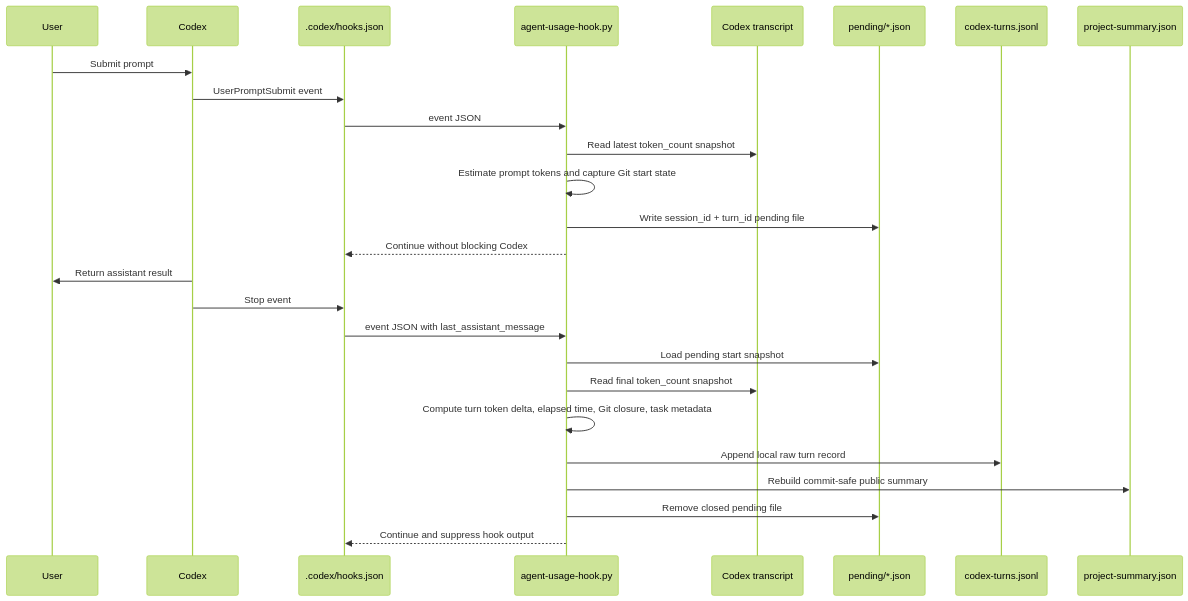
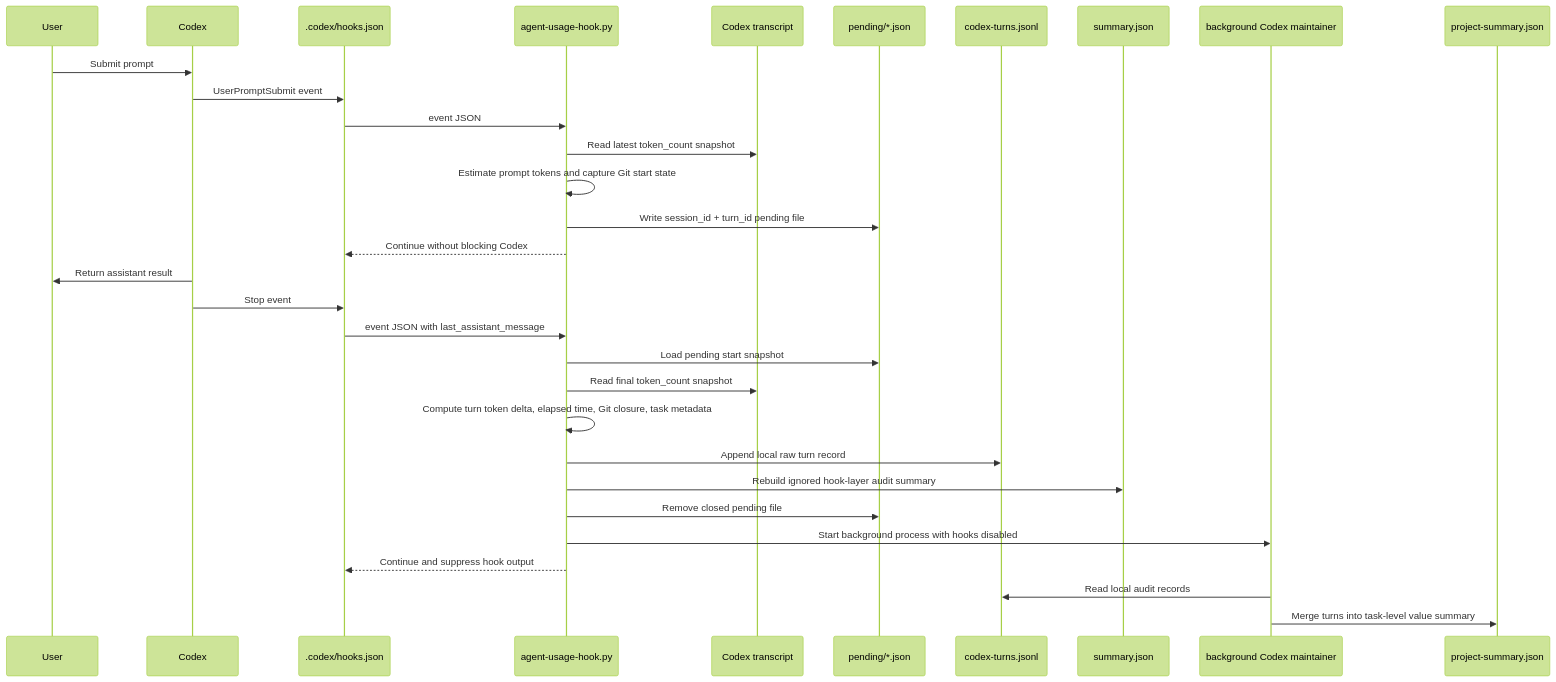
One commit to netlayer-team/agent-handoff-metrics-bootstrap changed the third of 6 diagrams in docs/design.md. Above: the diagram before and after it, drawn with Mermaid (forest theme). The commit also changed other lines of this file and 6 other files, not shown here.

Commit message:
feat(metrics): add task-level value summary maintainer

````diff
--- a/docs/design.md
+++ b/docs/design.md
@@ -94,30 +100,35 @@
 ```mermaid
 sequenceDiagram
   participant User
   participant Codex
   participant Hooks as .codex/hooks.json
   participant Script as agent-usage-hook.py
   participant Transcript as Codex transcript
   participant Pending as pending/*.json
   participant Records as codex-turns.jsonl
-  participant Summary as project-summary.json
+  participant LocalSummary as summary.json
+  participant Maintainer as background Codex maintainer
+  participant ProjectSummary as project-summary.json
 
   User->>Codex: Submit prompt
   Codex->>Hooks: UserPromptSubmit event
   Hooks->>Script: event JSON
   Script->>Transcript: Read latest token_count snapshot
   Script->>Script: Estimate prompt tokens and capture Git start state
   Script->>Pending: Write session_id + turn_id pending file
   Script-->>Hooks: Continue without blocking Codex
 
   Codex->>User: Return assistant result
   Codex->>Hooks: Stop event
   Hooks->>Script: event JSON with last_assistant_message
   Script->>Pending: Load pending start snapshot
   Script->>Transcript: Read final token_count snapshot
   Script->>Script: Compute turn token delta, elapsed time, Git closure, task metadata
   Script->>Records: Append local raw turn record
-  Script->>Summary: Rebuild commit-safe public summary
+  Script->>LocalSummary: Rebuild ignored hook-layer audit summary
   Script->>Pending: Remove closed pending file
+  Script->>Maintainer: Start background process with hooks disabled
   Script-->>Hooks: Continue and suppress hook output
+  Maintainer->>Records: Read local audit records
+  Maintainer->>ProjectSummary: Merge turns into task-level value summary
 ```
````
